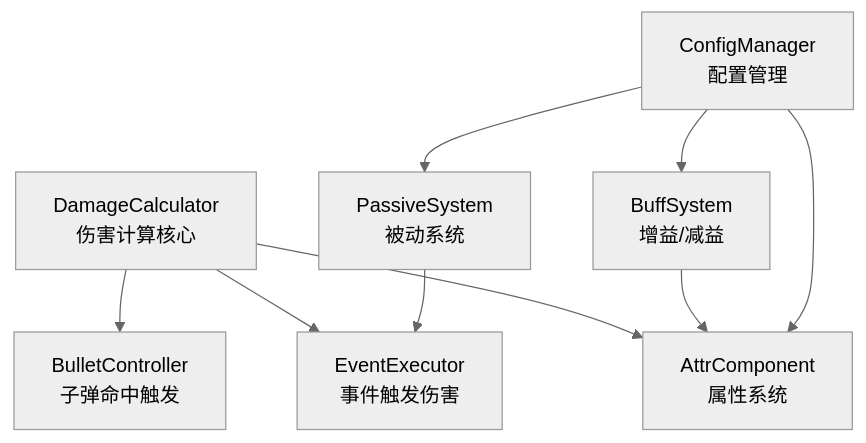
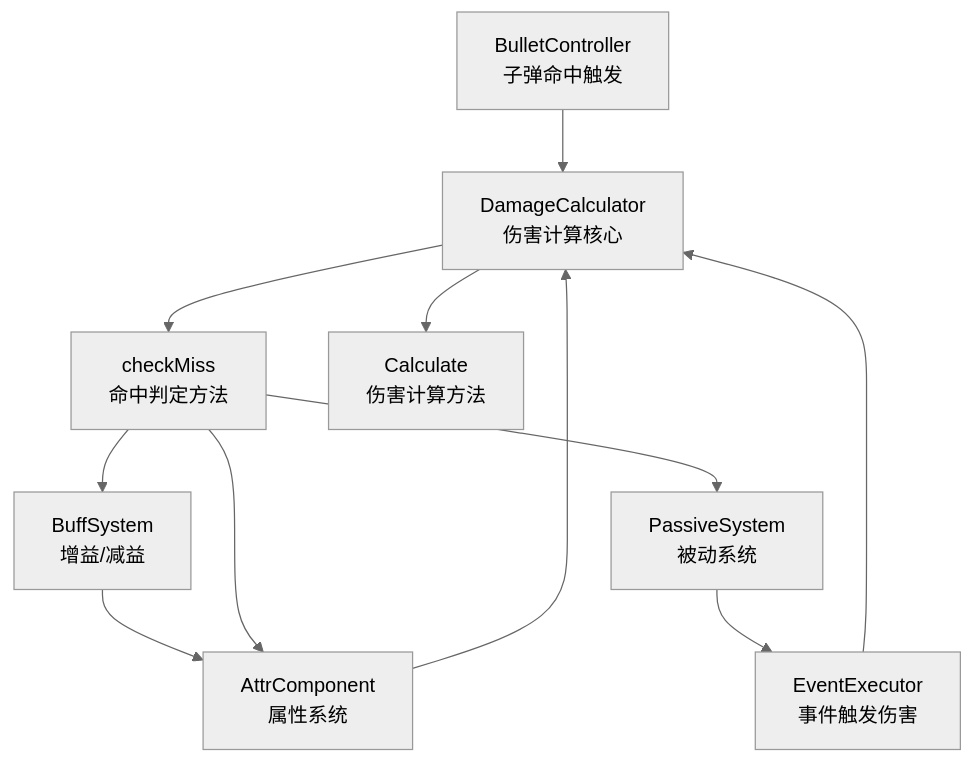
One commit to Tuusen/p1_client changed the first of 7 diagrams in .qoder/repowiki/zh/content/战斗系统/伤害计算系统.md. Above: the diagram before and after it, drawn with Mermaid (neutral theme). The commit also changed other lines of this file and 11 other files, not shown here.

````diff
--- a/.qoder/repowiki/zh/content/战斗系统/伤害计算系统.md
+++ b/.qoder/repowiki/zh/content/战斗系统/伤害计算系统.md
@@ -45,11 +53,13 @@
 ```mermaid
 graph TB
-DC["DamageCalculator<br/>伤害计算核心"] --> AC["AttrComponent<br/>属性系统"]
-DC --> BM["BulletController<br/>子弹命中触发"]
-DC --> EE["EventExecutor<br/>事件触发伤害"]
+DC["DamageCalculator<br/>伤害计算核心"] --> CM["checkMiss<br/>命中判定方法"]
+DC --> CA["Calculate<br/>伤害计算方法"]
+AC["AttrComponent<br/>属性系统"] --> DC
+BM["BulletController<br/>子弹命中触发"] --> DC
+EE["EventExecutor<br/>事件触发伤害"] --> DC
 BS["BuffSystem<br/>增益/减益"] --> AC
 PS["PassiveSystem<br/>被动系统"] --> EE
-CM["ConfigManager<br/>配置管理"] --> AC
+CM --> AC
 CM --> BS
 CM --> PS
 ```
````
